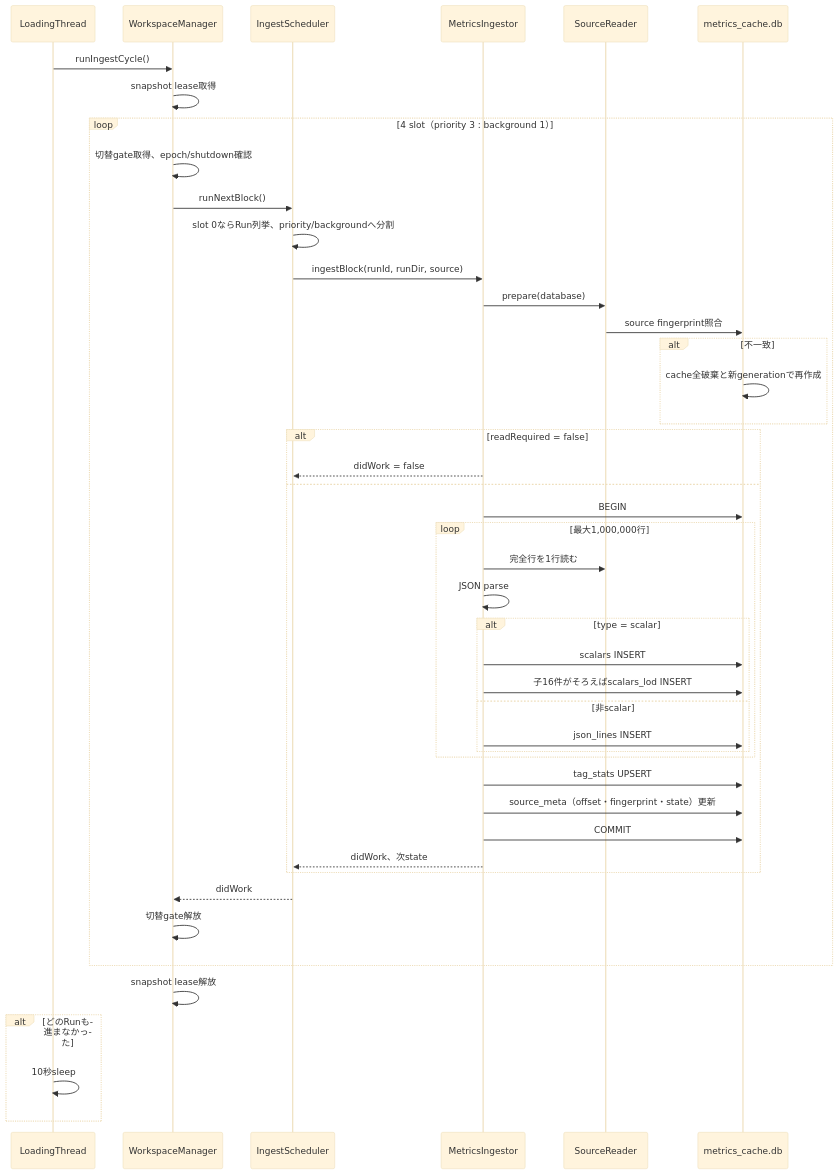
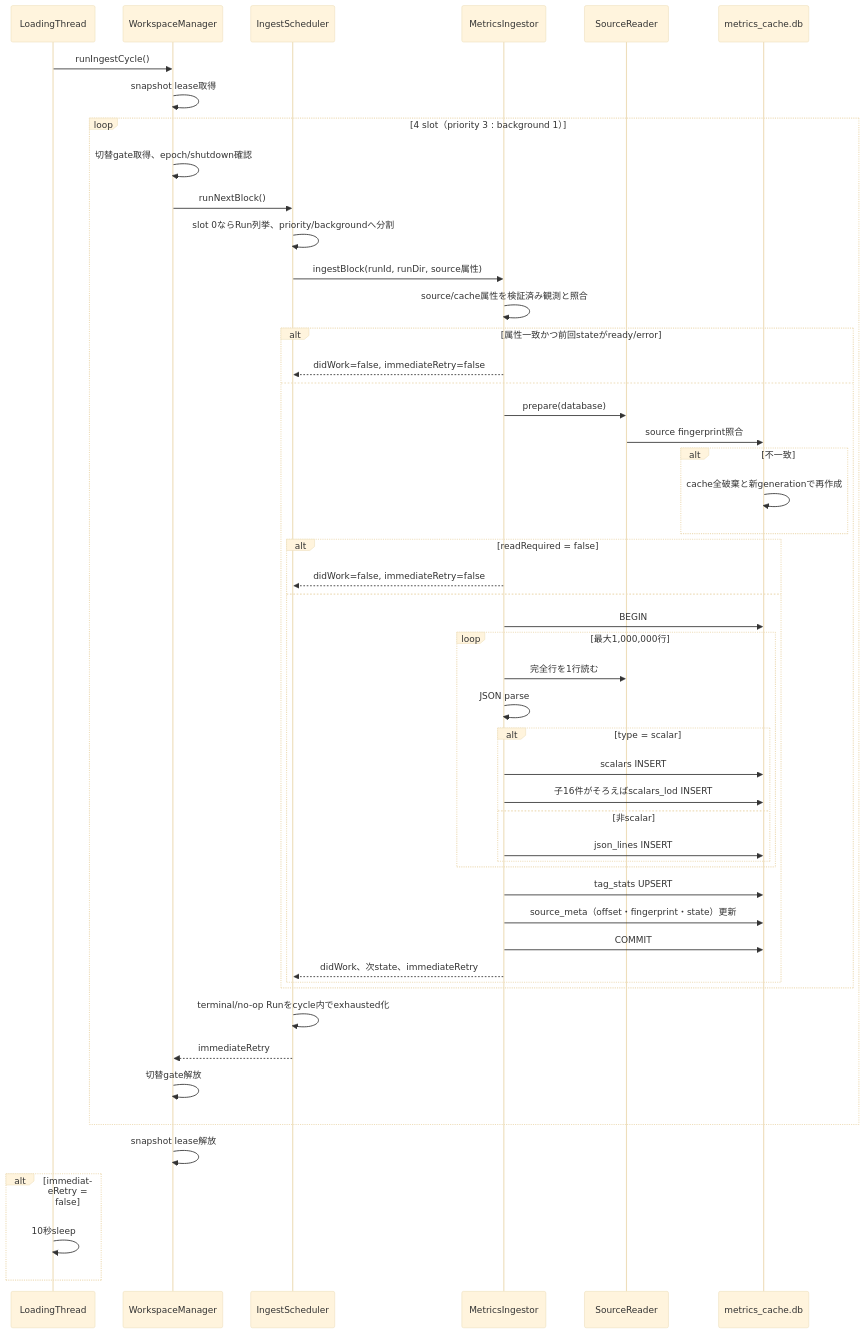
The third of 5 diagrams in docs/design/210_metrics_viewer.jp.md (kazukin123/anet-lab), drawn with Mermaid (base theme) before and after one commit. The commit also changed other lines of this file and 1 other file, not shown here.

Commit message:
docs(PRD064): MetricsViewerIO負荷軽減に関連した設計文書更新 #5

````diff
--- a/docs/design/210_metrics_viewer.jp.md
+++ b/docs/design/210_metrics_viewer.jp.md
@@ -369,48 +369,54 @@
 ```mermaid
 sequenceDiagram
     participant L as LoadingThread
     participant W as WorkspaceManager
     participant S as IngestScheduler
     participant I as MetricsIngestor
     participant R as SourceReader
     participant D as metrics_cache.db
 
     L->>W: runIngestCycle()
     W->>W: snapshot lease取得
     loop 4 slot（priority 3 : background 1）
         W->>W: 切替gate取得、epoch/shutdown確認
         W->>S: runNextBlock()
         S->>S: slot 0ならRun列挙、priority/backgroundへ分割
-        S->>I: ingestBlock(runId, runDir, source)
-        I->>R: prepare(database)
-        R->>D: source fingerprint照合
-        alt 不一致
-            D->>D: cache全破棄と新generationで再作成
+        S->>I: ingestBlock(runId, runDir, source属性)
+        I->>I: source/cache属性を検証済み観測と照合
+        alt 属性一致かつ前回stateがready/error
+            I-->>S: didWork=false, immediateRetry=false
+        else
+            I->>R: prepare(database)
+            R->>D: source fingerprint照合
+            alt 不一致
+                D->>D: cache全破棄と新generationで再作成
+            end
+            alt readRequired = false
+                I-->>S: didWork=false, immediateRetry=false
+            else
+                I->>D: BEGIN
+                loop 最大1,000,000行
+                    I->>R: 完全行を1行読む
+                    I->>I: JSON parse
+                    alt type = scalar
+                        I->>D: scalars INSERT
+                        I->>D: 子16件がそろえばscalars_lod INSERT
+                    else 非scalar
+                        I->>D: json_lines INSERT
+                    end
+                end
+                I->>D: tag_stats UPSERT
+                I->>D: source_meta（offset・fingerprint・state）更新
+                I->>D: COMMIT
+                I-->>S: didWork、次state、immediateRetry
+            end
         end
-        alt readRequired = false
-            I-->>S: didWork = false
-        else
-            I->>D: BEGIN
-            loop 最大1,000,000行
-                I->>R: 完全行を1行読む
-                I->>I: JSON parse
-                alt type = scalar
-                    I->>D: scalars INSERT
-                    I->>D: 子16件がそろえばscalars_lod INSERT
-                else 非scalar
-                    I->>D: json_lines INSERT
-                end
-            end
-            I->>D: tag_stats UPSERT
-            I->>D: source_meta（offset・fingerprint・state）更新
-            I->>D: COMMIT
-            I-->>S: didWork、次state
-        end
-        S-->>W: didWork
+        S->>S: terminal/no-op Runをcycle内でexhausted化
+        S-->>W: immediateRetry
         W->>W: 切替gate解放
     end
     W->>W: snapshot lease解放
-    alt どのRunも進まなかった
+    alt immediateRetry = false
         L->>L: 10秒sleep
     end
 ```
````
